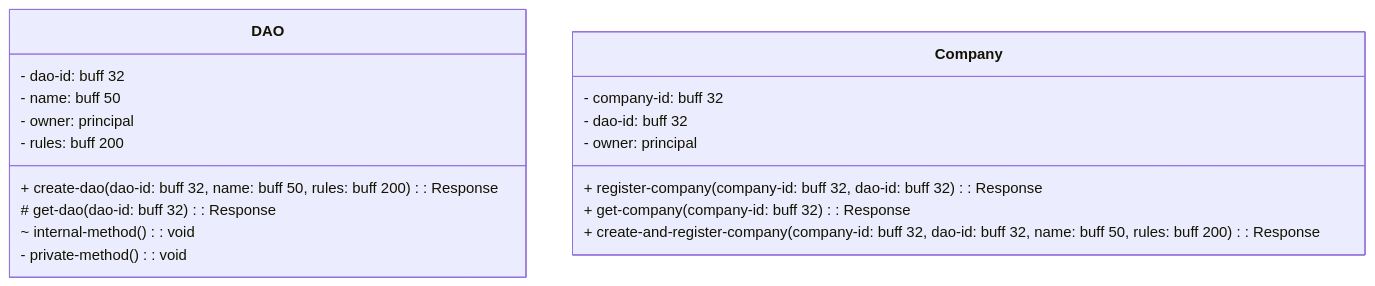
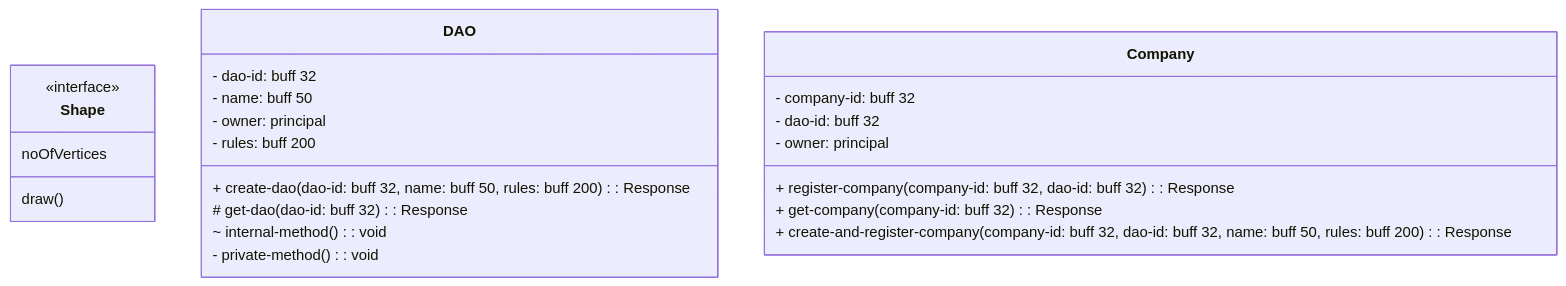
One commit to mijoco-btc/ai-flow changed the diagram in docs/dao-and-crews/crews-and-edao/scenario-2-edao-and-resource-contracts/README.md. Above: the diagram before and after it, drawn with Mermaid.

Commit message:
GITBOOK-27: No subject

````diff
--- a/docs/dao-and-crews/crews-and-edao/scenario-2-edao-and-resource-contracts/README.md
+++ b/docs/dao-and-crews/crews-and-edao/scenario-2-edao-and-resource-contracts/README.md
@@ -14,22 +14,27 @@
 ```mermaid
 classDiagram
+    class Shape{
+        <<interface>>
+        noOfVertices
+        draw()
+    }
     class DAO {
       - dao-id: buff 32
       - name: buff 50
       - owner: principal
       - rules: buff 200
       + create-dao(dao-id: buff 32, name: buff 50, rules: buff 200): Response
       \# get-dao(dao-id: buff 32): Response
       ~ internal-method(): void
       - private-method(): void
     }
 
     class Company {
       - company-id: buff 32
       - dao-id: buff 32
       - owner: principal
       + register-company(company-id: buff 32, dao-id: buff 32): Response
       + get-company(company-id: buff 32): Response
       + create-and-register-company(company-id: buff 32, dao-id: buff 32, name: buff 50, rules: buff 200): Response
     }
 ```
````
